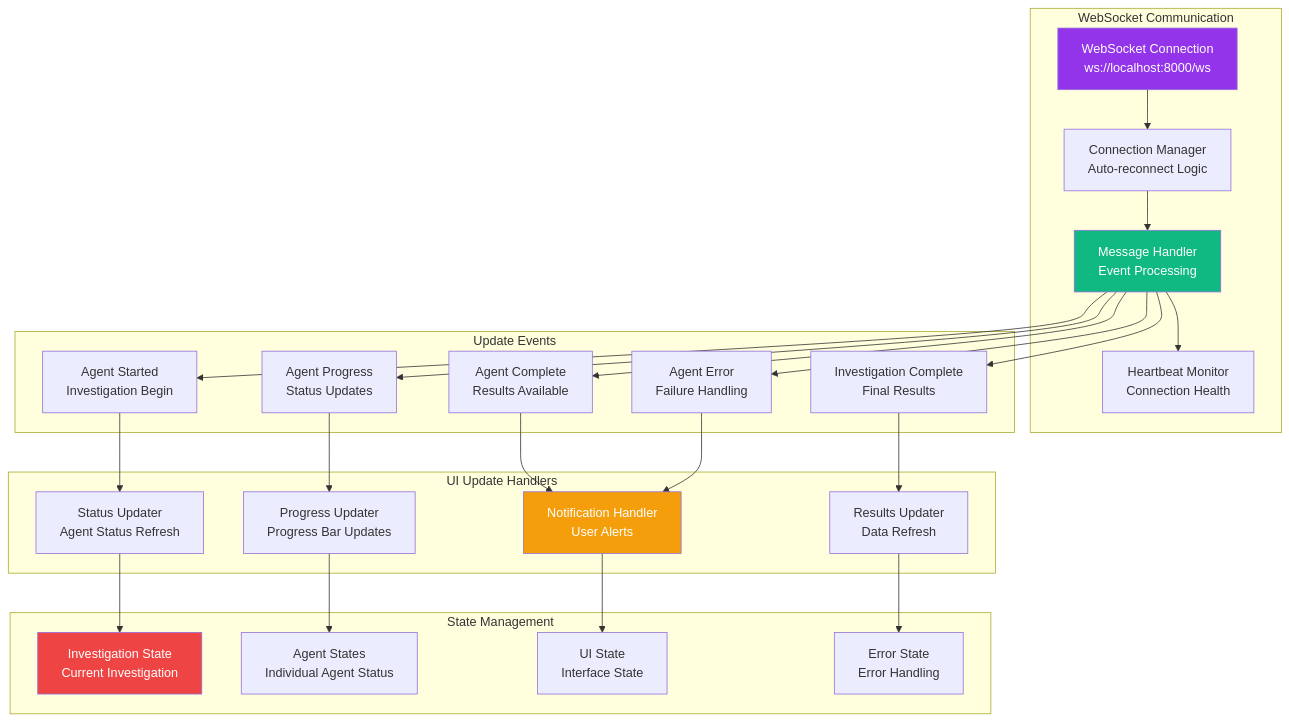
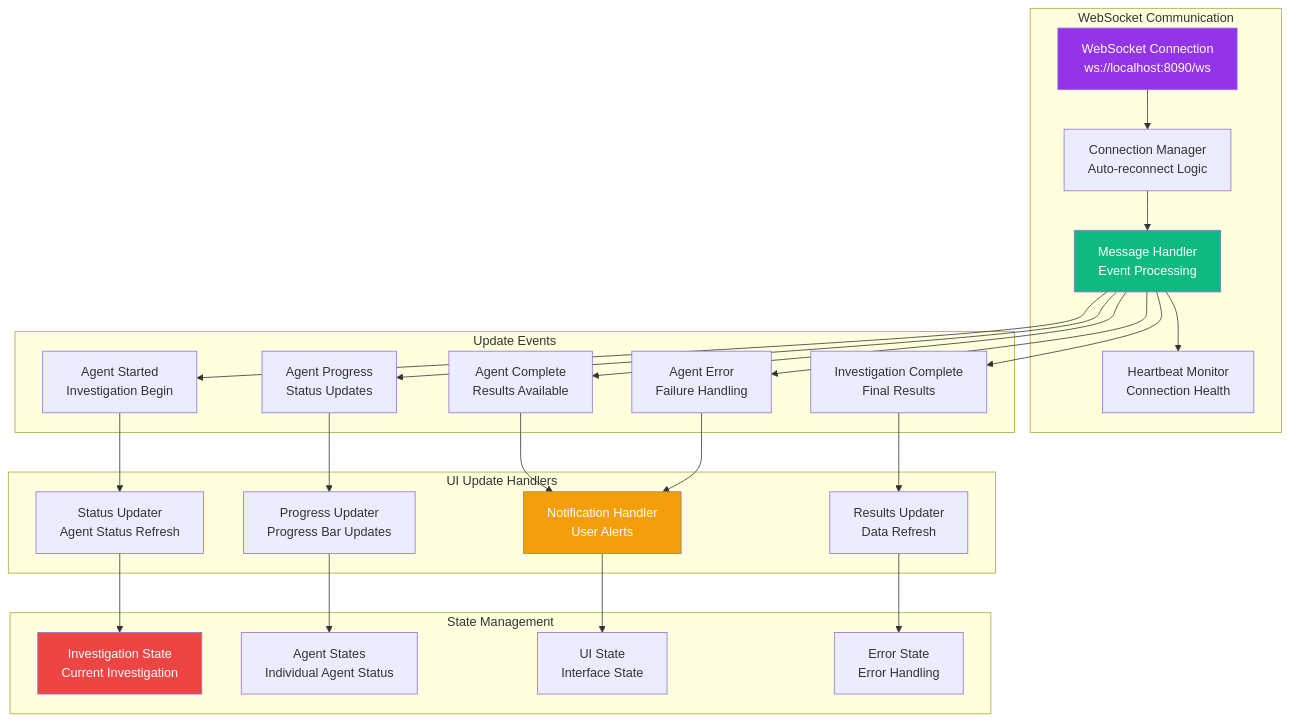
Before and after one commit to Olorin-ai-git/Bayit-Plus: the fifth of 8 diagrams in docs/diagrams/components/olorin-front/investigation-dashboard-architecture.md, drawn with Mermaid. The commit also changed 140 other files, not shown here.

````diff
--- a/docs/diagrams/components/olorin-front/investigation-dashboard-architecture.md
+++ b/docs/diagrams/components/olorin-front/investigation-dashboard-architecture.md
@@ -265,57 +265,57 @@
 ```mermaid
 graph TB
     subgraph "WebSocket Communication"
-        WS_CONNECTION[WebSocket Connection<br/>ws://localhost:8000/ws]
+        WS_CONNECTION[WebSocket Connection<br/>ws://localhost:8090/ws]
         CONNECTION_MANAGER[Connection Manager<br/>Auto-reconnect Logic]
         MESSAGE_HANDLER[Message Handler<br/>Event Processing]
         HEARTBEAT[Heartbeat Monitor<br/>Connection Health]
     end
     
     subgraph "Update Events"
         AGENT_START[Agent Started<br/>Investigation Begin]
         AGENT_PROGRESS[Agent Progress<br/>Status Updates]
         AGENT_COMPLETE[Agent Complete<br/>Results Available]
         AGENT_ERROR[Agent Error<br/>Failure Handling]
         INVESTIGATION_COMPLETE[Investigation Complete<br/>Final Results]
     end
     
     subgraph "UI Update Handlers"
         STATUS_UPDATER[Status Updater<br/>Agent Status Refresh]
         PROGRESS_UPDATER[Progress Updater<br/>Progress Bar Updates]
         NOTIFICATION_HANDLER[Notification Handler<br/>User Alerts]
         RESULTS_UPDATER[Results Updater<br/>Data Refresh]
     end
     
     subgraph "State Management"
         INVESTIGATION_STATE[Investigation State<br/>Current Investigation]
         AGENT_STATES[Agent States<br/>Individual Agent Status]
         UI_STATE[UI State<br/>Interface State]
         ERROR_STATE[Error State<br/>Error Handling]
     end
     
     WS_CONNECTION --> CONNECTION_MANAGER
     CONNECTION_MANAGER --> MESSAGE_HANDLER
     MESSAGE_HANDLER --> HEARTBEAT
     
     MESSAGE_HANDLER --> AGENT_START
     MESSAGE_HANDLER --> AGENT_PROGRESS
     MESSAGE_HANDLER --> AGENT_COMPLETE
     MESSAGE_HANDLER --> AGENT_ERROR
     MESSAGE_HANDLER --> INVESTIGATION_COMPLETE
     
     AGENT_START --> STATUS_UPDATER
     AGENT_PROGRESS --> PROGRESS_UPDATER
     AGENT_COMPLETE --> NOTIFICATION_HANDLER
     AGENT_ERROR --> NOTIFICATION_HANDLER
     INVESTIGATION_COMPLETE --> RESULTS_UPDATER
     
     STATUS_UPDATER --> INVESTIGATION_STATE
     PROGRESS_UPDATER --> AGENT_STATES
     NOTIFICATION_HANDLER --> UI_STATE
     RESULTS_UPDATER --> ERROR_STATE
     
     style WS_CONNECTION fill:#9333ea,color:white
     style MESSAGE_HANDLER fill:#10b981,color:white
     style NOTIFICATION_HANDLER fill:#f59e0b,color:white
     style INVESTIGATION_STATE fill:#ef4444,color:white
 ```
````
